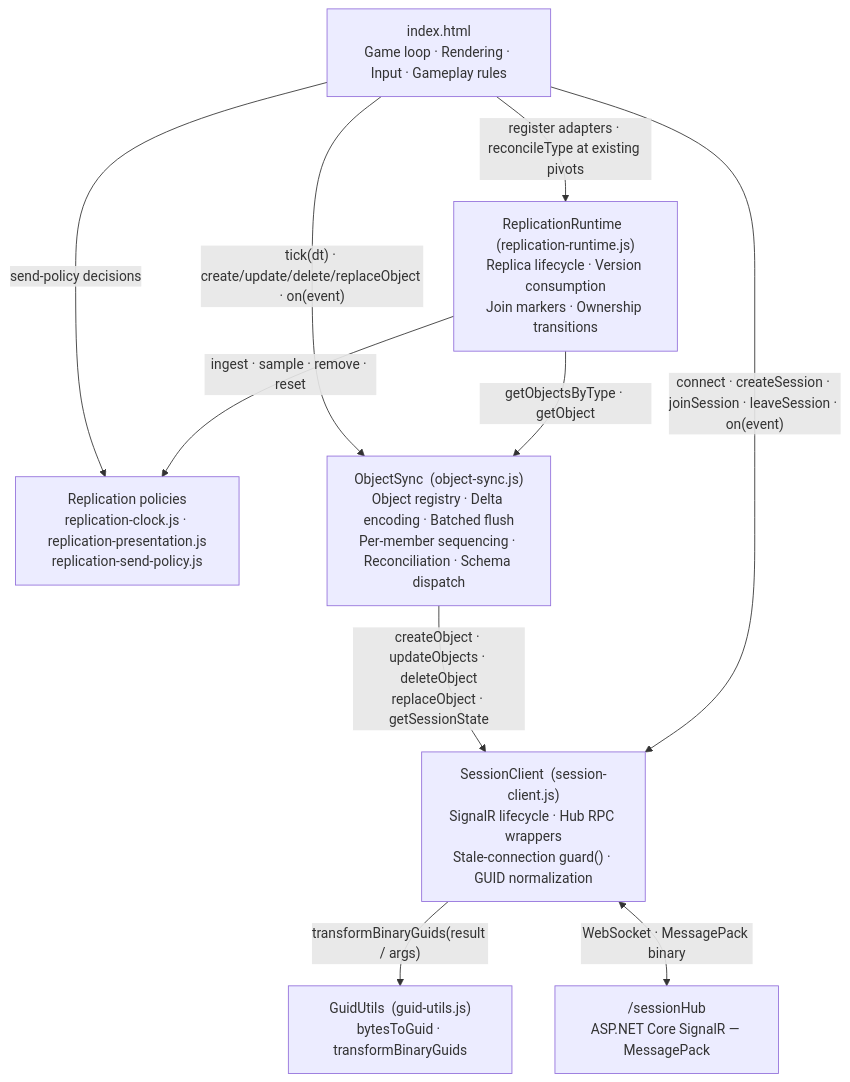
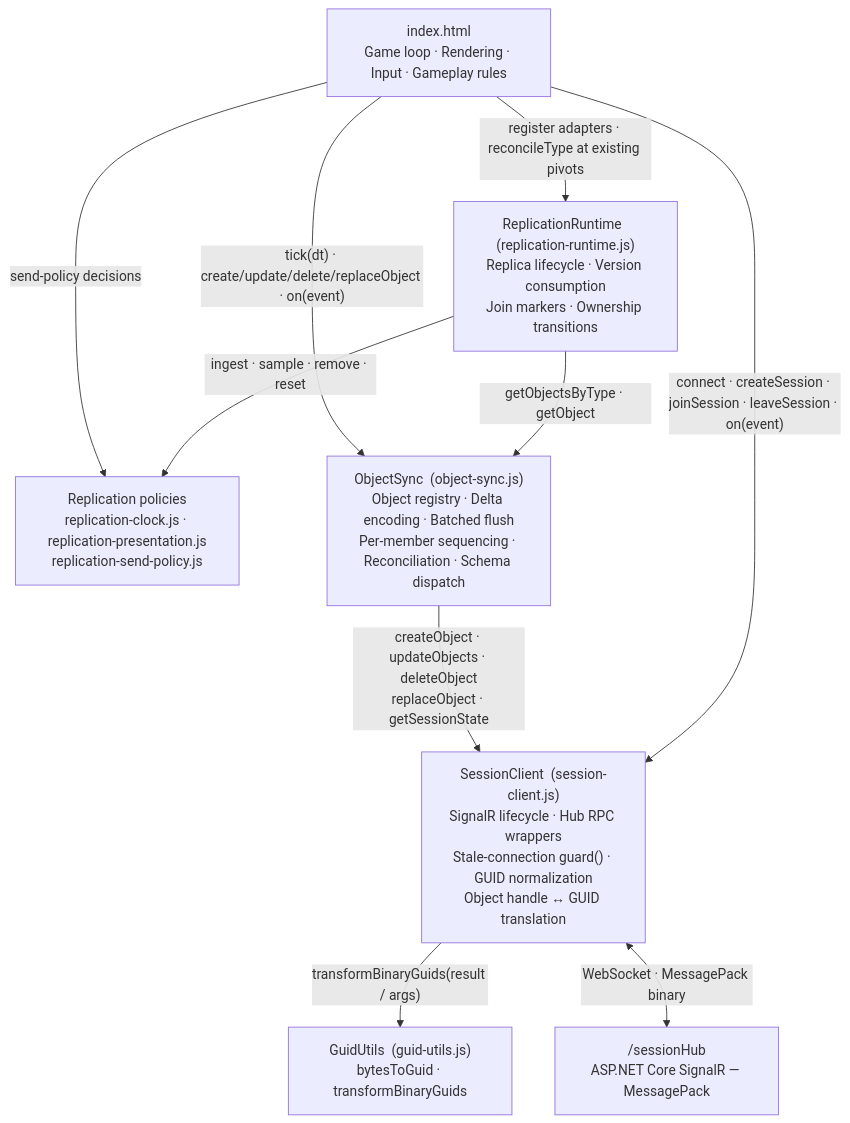
The second of 36 diagrams in ARCHITECTURE.md (badvoidstar/astervoids), drawn with Mermaid before and after one commit. The commit also changed other lines of this file and 2 other files, not shown here.

````diff
--- a/ARCHITECTURE.md
+++ b/ARCHITECTURE.md
@@ -44,20 +44,20 @@
 ```mermaid
 graph TB
     GAME["index.html<br/>Game loop · Rendering · Input · Gameplay rules"]
     RR["ReplicationRuntime  (replication-runtime.js)<br/>Replica lifecycle · Version consumption<br/>Join markers · Ownership transitions"]
     POL["Replication policies<br/>replication-clock.js · replication-presentation.js<br/>replication-send-policy.js"]
     OS["ObjectSync  (object-sync.js)<br/>Object registry · Delta encoding · Batched flush<br/>Per-member sequencing · Reconciliation · Schema dispatch"]
-    SC["SessionClient  (session-client.js)<br/>SignalR lifecycle · Hub RPC wrappers<br/>Stale-connection guard() · GUID normalization"]
+    SC["SessionClient  (session-client.js)<br/>SignalR lifecycle · Hub RPC wrappers<br/>Stale-connection guard() · GUID normalization<br/>Object handle ↔ GUID translation"]
     GU["GuidUtils  (guid-utils.js)<br/>bytesToGuid · transformBinaryGuids"]
     HUB["/sessionHub<br/>ASP.NET Core SignalR — MessagePack"]
 
     GAME -->|"register adapters · reconcileType at existing pivots"| RR
     RR -->|"getObjectsByType · getObject"| OS
     RR -->|"ingest · sample · remove · reset"| POL
     GAME -->|"send-policy decisions"| POL
     GAME -->|"tick(dt) · create/update/delete/replaceObject · on(event)"| OS
     GAME -->|"connect · createSession · joinSession · leaveSession · on(event)"| SC
     OS -->|"createObject · updateObjects · deleteObject<br/>replaceObject · getSessionState"| SC
     SC -->|"transformBinaryGuids(result / args)"| GU
     SC <-->|"WebSocket · MessagePack binary"| HUB
 ```
````
